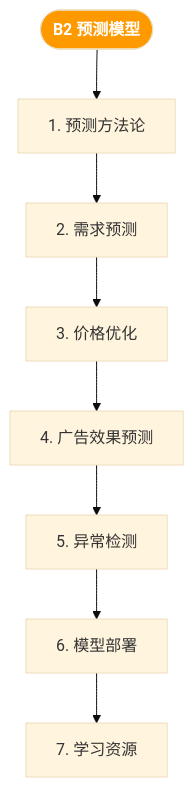
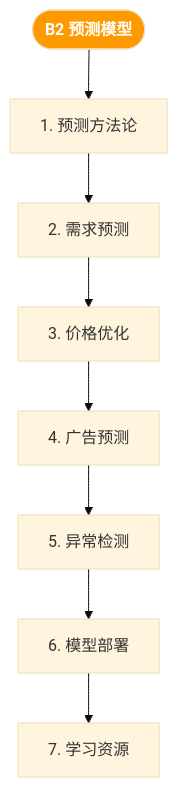
The second of 2 diagrams in paths/b-developers/b2-prediction-models.md (kangise/CBEC-AI-Hub), drawn with Mermaid (base theme) before and after one commit. The commit also changed other lines of this file and 12 other files, not shown here.

First line of the commit message:
fix: Correct nav diagram placement - insert after --- separator

````diff
--- a/paths/b-developers/b2-prediction-models.md
+++ b/paths/b-developers/b2-prediction-models.md
@@ -1473,18 +34,18 @@
 ```mermaid
 flowchart TD
     START(["B2 预测模型"]) --> S1
     S1["1. 预测方法论"]
     S1 --> S2
     S2["2. 需求预测"]
     S2 --> S3
     S3["3. 价格优化"]
     S3 --> S4
-    S4["4. 广告效果预测"]
+    S4["4. 广告预测"]
     S4 --> S5
     S5["5. 异常检测"]
     S5 --> S6
     S6["6. 模型部署"]
     S6 --> S7
     S7["7. 学习资源"]
     style START fill:#ff9900,color:#fff,font-weight:bold
 ```
````
